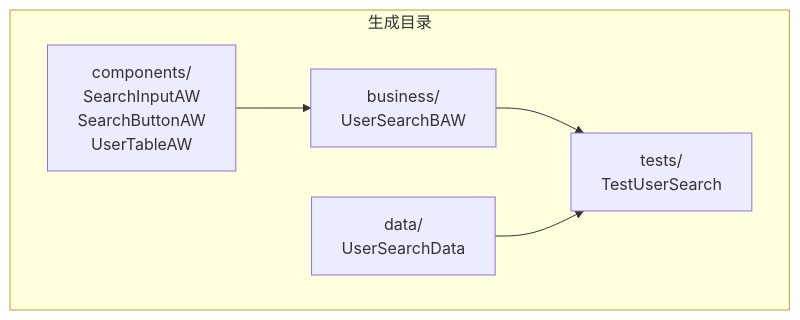
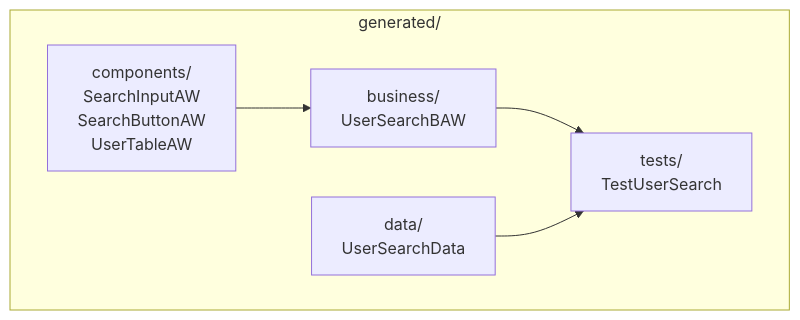
One commit to timgunnar/UIBridge changed the third of 4 diagrams in README.md. Above: the diagram before and after it, drawn with Mermaid. The commit also changed other lines of this file and 6 other files, not shown here.

````diff
--- a/README.md
+++ b/README.md
@@ -41,11 +79,11 @@
 ```mermaid
 graph TB
-    subgraph "生成目录"
+    subgraph "generated/"
         CAW["components/<br/>SearchInputAW<br/>SearchButtonAW<br/>UserTableAW"]
         BAW["business/<br/>UserSearchBAW"]
         TEST["tests/<br/>TestUserSearch"]
         DATA["data/<br/>UserSearchData"]
     end
     CAW --> BAW --> TEST
     DATA --> TEST
 ```
````
